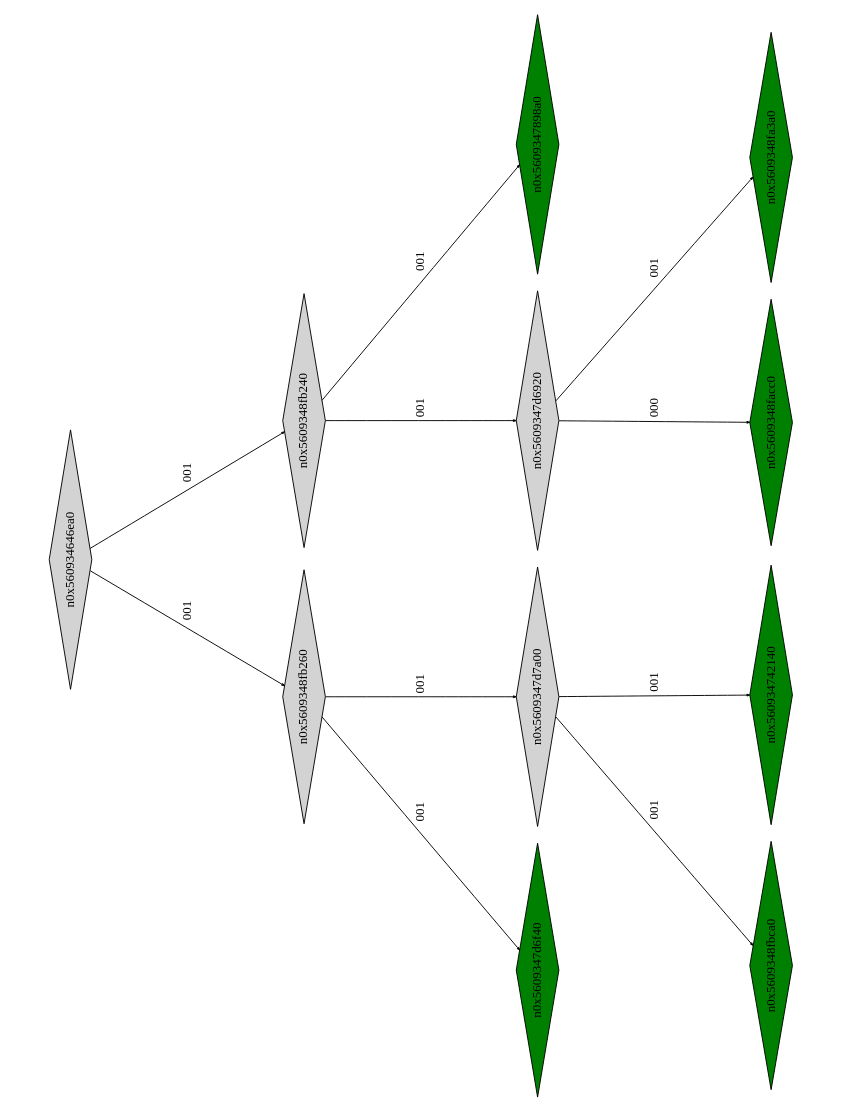
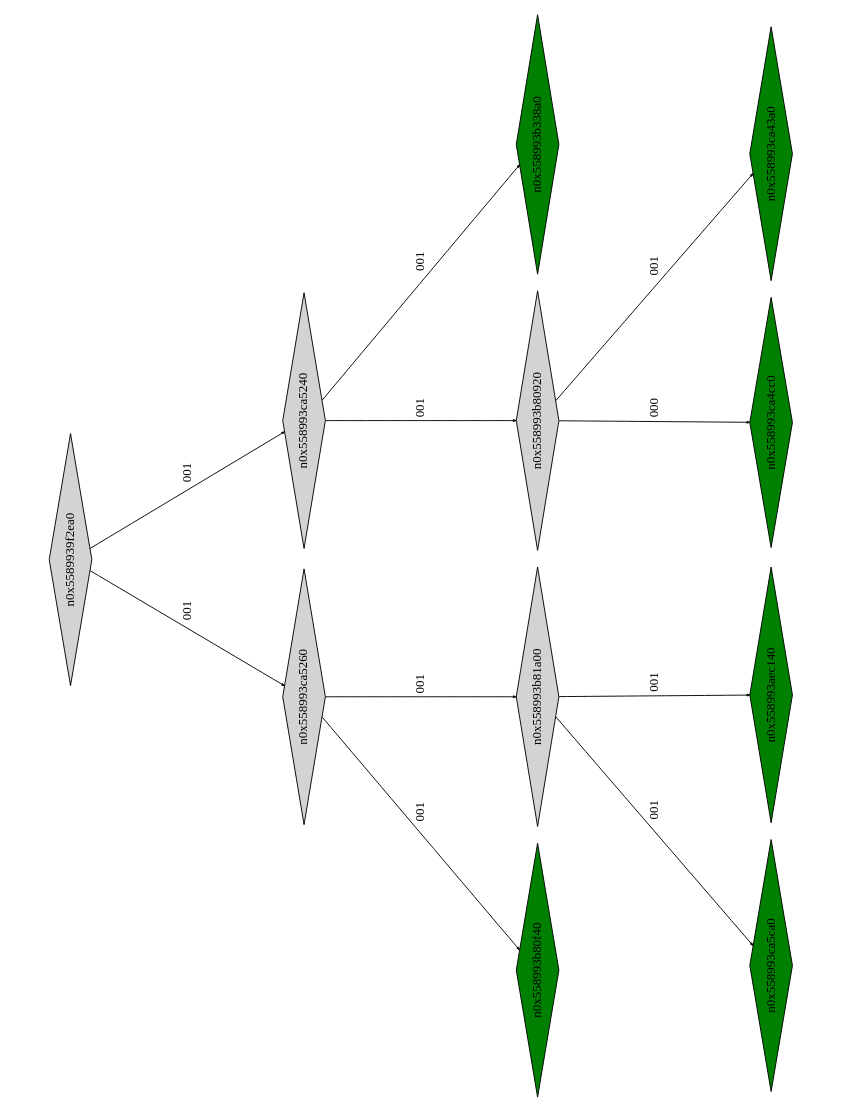
The diagram in montyhall_klee_out/ptree_00000823.dot (Research-Tools-PAVT/PSE-Program-Examples), drawn with Graphviz before and after one commit. The commit also changed 109 other files, not shown here.

```diff
--- a/montyhall_klee_out/ptree_00000823.dot
+++ b/montyhall_klee_out/ptree_00000823.dot
@@ -1,29 +1,29 @@
 digraph G {
 	size="10,7.5";
 	ratio=fill;
 	rotate=90;
 	center = "true";
 	node [style="filled",width=.1,height=.1,fontname="Terminus"]
 	edge [arrowsize=.3]
-	n0x560934646ea0 [shape=diamond];
-	n0x560934646ea0 -> n0x5609348fb260 [label=001];
-	n0x560934646ea0 -> n0x5609348fb240 [label=001];
-	n0x5609348fb240 [shape=diamond];
-	n0x5609348fb240 -> n0x5609347d6920 [label=001];
-	n0x5609348fb240 -> n0x5609347898a0 [label=001];
-	n0x5609347898a0 [shape=diamond,fillcolor=green];
-	n0x5609347d6920 [shape=diamond];
-	n0x5609347d6920 -> n0x5609348facc0 [label=000];
-	n0x5609347d6920 -> n0x5609348fa3a0 [label=001];
-	n0x5609348fa3a0 [shape=diamond,fillcolor=green];
-	n0x5609348facc0 [shape=diamond,fillcolor=green];
-	n0x5609348fb260 [shape=diamond];
-	n0x5609348fb260 -> n0x5609347d6f40 [label=001];
-	n0x5609348fb260 -> n0x5609347d7a00 [label=001];
-	n0x5609347d7a00 [shape=diamond];
-	n0x5609347d7a00 -> n0x5609348fbca0 [label=001];
-	n0x5609347d7a00 -> n0x560934742140 [label=001];
-	n0x560934742140 [shape=diamond,fillcolor=green];
-	n0x5609348fbca0 [shape=diamond,fillcolor=green];
-	n0x5609347d6f40 [shape=diamond,fillcolor=green];
+	n0x5589939f2ea0 [shape=diamond];
+	n0x5589939f2ea0 -> n0x558993ca5260 [label=001];
+	n0x5589939f2ea0 -> n0x558993ca5240 [label=001];
+	n0x558993ca5240 [shape=diamond];
+	n0x558993ca5240 -> n0x558993b80920 [label=001];
+	n0x558993ca5240 -> n0x558993b338a0 [label=001];
+	n0x558993b338a0 [shape=diamond,fillcolor=green];
+	n0x558993b80920 [shape=diamond];
+	n0x558993b80920 -> n0x558993ca4cc0 [label=000];
+	n0x558993b80920 -> n0x558993ca43a0 [label=001];
+	n0x558993ca43a0 [shape=diamond,fillcolor=green];
+	n0x558993ca4cc0 [shape=diamond,fillcolor=green];
+	n0x558993ca5260 [shape=diamond];
+	n0x558993ca5260 -> n0x558993b80f40 [label=001];
+	n0x558993ca5260 -> n0x558993b81a00 [label=001];
+	n0x558993b81a00 [shape=diamond];
+	n0x558993b81a00 -> n0x558993ca5ca0 [label=001];
+	n0x558993b81a00 -> n0x558993aec140 [label=001];
+	n0x558993aec140 [shape=diamond,fillcolor=green];
+	n0x558993ca5ca0 [shape=diamond,fillcolor=green];
+	n0x558993b80f40 [shape=diamond,fillcolor=green];
 }
```
